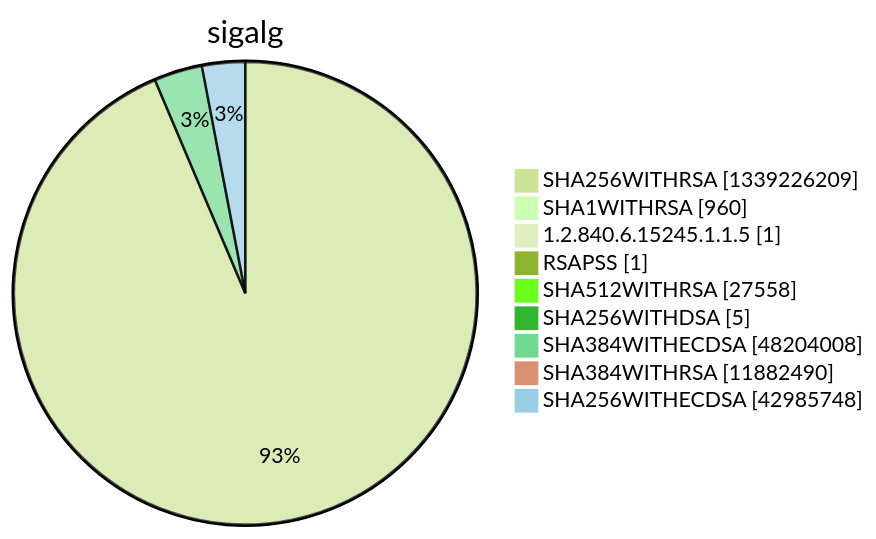
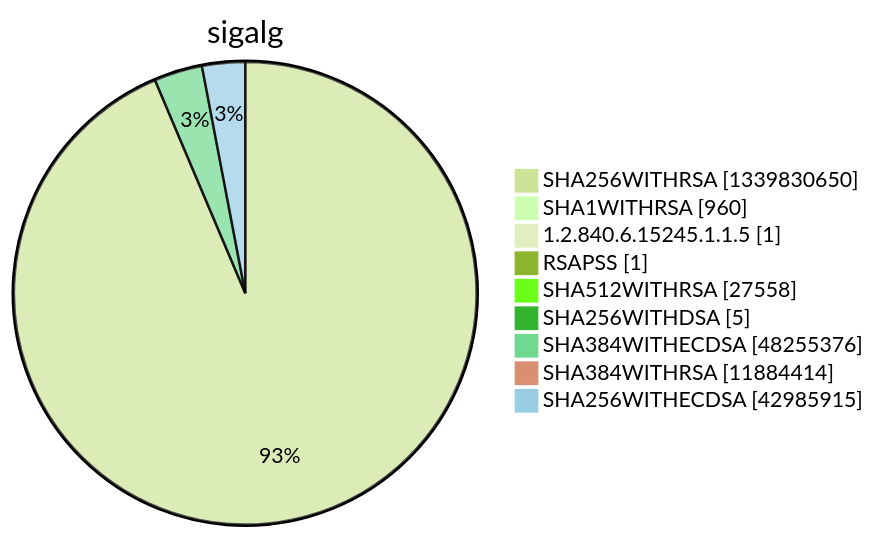
Diagram 15 of 15 in argon2022/README.md (christiankrug/ctmonitor_visualization), drawn with Mermaid (forest theme) before and after one commit. The commit also changed other lines of this file, not shown here.

````diff
--- a/argon2022/README.md
+++ b/argon2022/README.md
@@ -5524,13 +5524,13 @@
 ```mermaid
 pie showData
 title sigalg
-"SHA256WITHRSA" :1339226209
+"SHA256WITHRSA" :1339830650
 "SHA1WITHRSA" :960
 "1.2.840.6.15245.1.1.5" :1
 "RSAPSS" :1
 "SHA512WITHRSA" :27558
 "SHA256WITHDSA" :5
-"SHA384WITHECDSA" :48204008
-"SHA384WITHRSA" :11882490
-"SHA256WITHECDSA" :42985748
+"SHA384WITHECDSA" :48255376
+"SHA384WITHRSA" :11884414
+"SHA256WITHECDSA" :42985915
 ```
````
